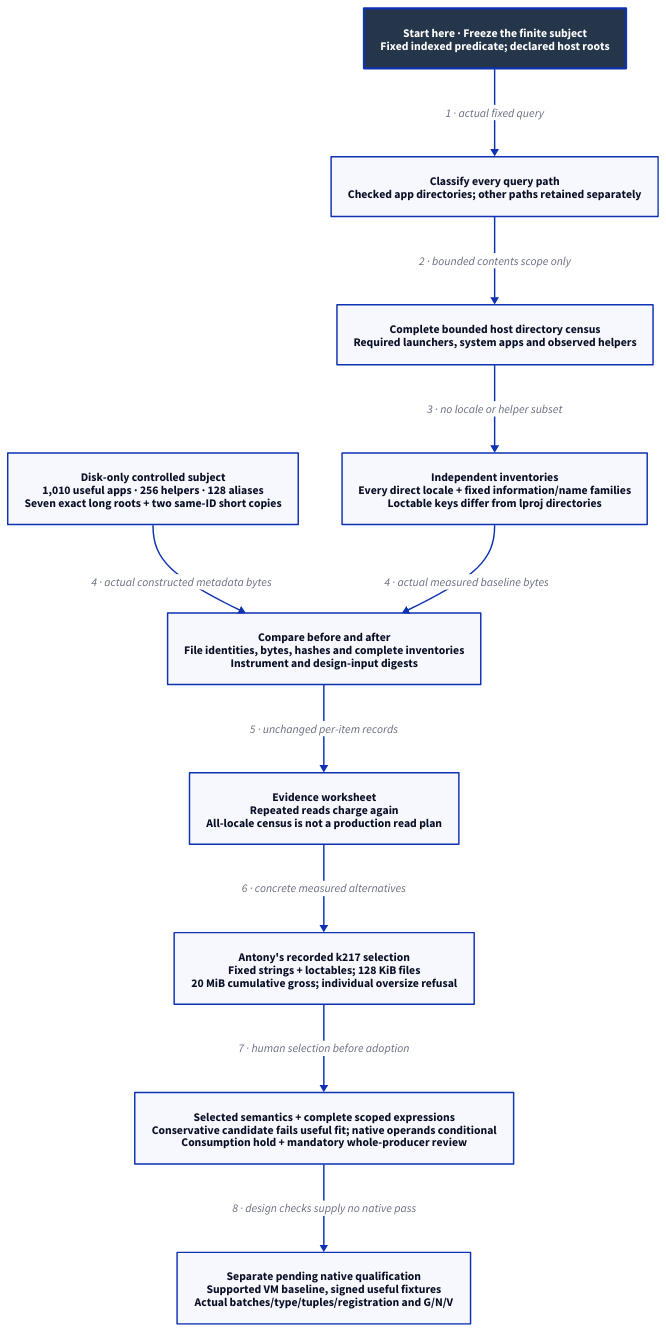
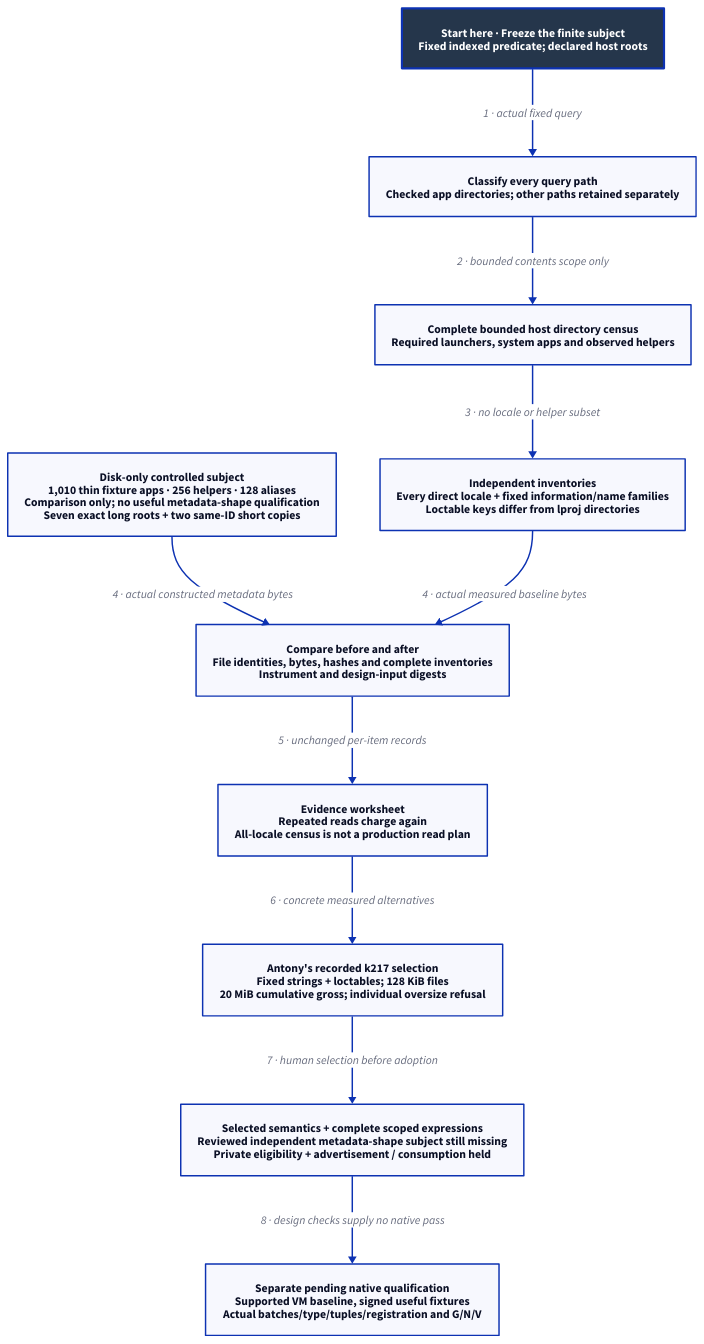
Before and after one commit to Linkuistics/Koine: the diagram in docs/design/architecture/native-metadata-subject.d2, drawn with D2. The commit also changed 129 other files, not shown here.

Commit message:
Repair private qualification contracts and charter metadata-shape design (application-localized-metadata-k237)

```diff
--- a/docs/design/architecture/native-metadata-subject.d2
+++ b/docs/design/architecture/native-metadata-subject.d2
@@ -1,24 +1,24 @@
 # Historical design evidence and selected human contract; no native verdict.
 direction: down
 classes: {
   start: {style: {fill: "#25364B"; font-color: "#FFFFFF"; bold: true; stroke-width: 3}}
 }
 Start: "Start here · Freeze the finite subject\nFixed indexed predicate; declared host roots" {class: start}
 Classify: "Classify every query path\nChecked app directories; other paths retained separately"
 Baseline: "Complete bounded host directory census\nRequired launchers, system apps and observed helpers"
 Inventory: "Independent inventories\nEvery direct locale + fixed information/name families\nLoctable keys differ from lproj directories"
-Fixtures: "Disk-only controlled subject\n1,010 useful apps · 256 helpers · 128 aliases\nSeven exact long roots + two same-ID short copies"
+Fixtures: "Disk-only controlled subject\n1,010 thin fixture apps · 256 helpers · 128 aliases\nComparison only; no useful metadata-shape qualification\nSeven exact long roots + two same-ID short copies"
 Freeze: "Compare before and after\nFile identities, bytes, hashes and complete inventories\nInstrument and design-input digests"
 Worksheet: "Evidence worksheet\nRepeated reads charge again\nAll-locale census is not a production read plan"
 Choice: "Antony's recorded k217 selection\nFixed strings + loctables; 128 KiB files\n20 MiB cumulative gross; individual oversize refusal"
-Design: "Selected semantics + complete scoped expressions\nConservative candidate fails useful fit; native operands conditional\nConsumption hold + mandatory whole-producer review"
+Design: "Selected semantics + complete scoped expressions\nReviewed independent metadata-shape subject still missing\nPrivate eligibility + advertisement / consumption held"
 Native: "Separate pending native qualification\nSupported VM baseline, signed useful fixtures\nActual batches/type/tuples/registration and G/N/V"
 Start -> Classify: "1 · actual fixed query"
 Classify -> Baseline: "2 · bounded contents scope only"
 Baseline -> Inventory: "3 · no locale or helper subset"
 Fixtures -> Freeze: "4 · actual constructed metadata bytes"
 Inventory -> Freeze: "4 · actual measured baseline bytes"
 Freeze -> Worksheet: "5 · unchanged per-item records"
 Worksheet -> Choice: "6 · concrete measured alternatives"
 Choice -> Design: "7 · human selection before adoption"
 Design -> Native: "8 · design checks supply no native pass"
```
